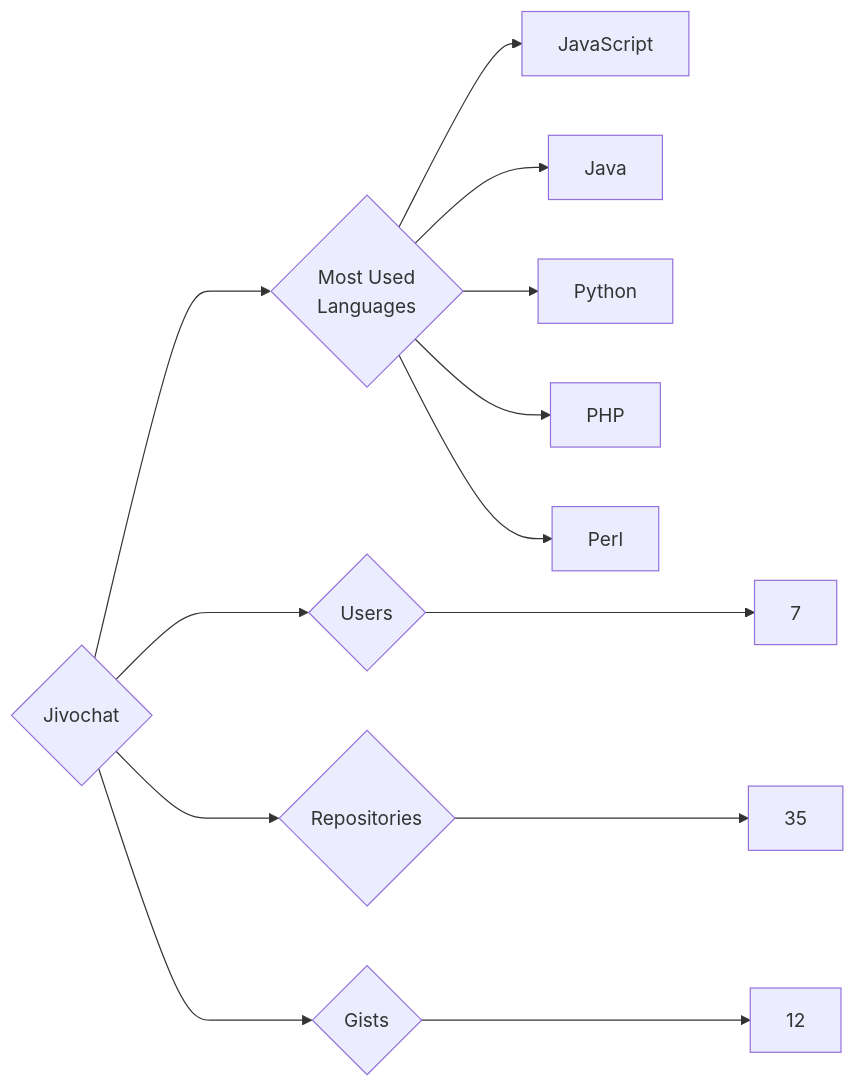
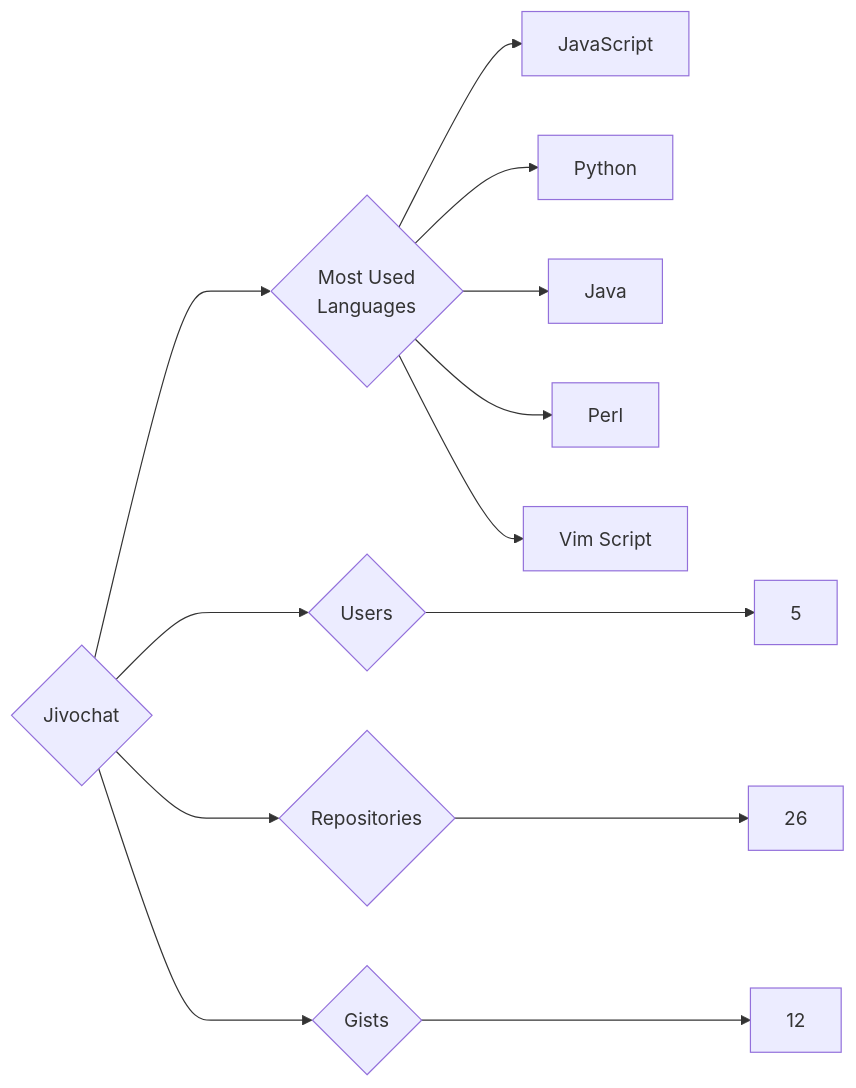
One commit to trickest/insiders changed the diagram in targets/Jivochat/README.md. Above: the diagram before and after it, drawn with Mermaid. The commit also changed 553 other files, not shown here.

````diff
--- a/targets/Jivochat/README.md
+++ b/targets/Jivochat/README.md
@@ -3,13 +3,13 @@
 ```mermaid
 graph LR
 COMPANY_NAME{Jivochat}
-COMPANY_NAME ---> U{Users} ---> UN[7]
-COMPANY_NAME ---> R{Repositories} ---> RN[35]
+COMPANY_NAME ---> U{Users} ---> UN[5]
+COMPANY_NAME ---> R{Repositories} ---> RN[26]
 COMPANY_NAME ---> G{Gists} ---> GN[12]
 COMPANY_NAME ---> ML{Most Used<br>Languages}
 ML --> JavaScript[JavaScript]
+ML --> Python[Python]
 ML --> Java[Java]
-ML --> Python[Python]
-ML --> PHP[PHP]
 ML --> Perl[Perl]
+ML --> Vim_Script[Vim Script]
 ```
````
